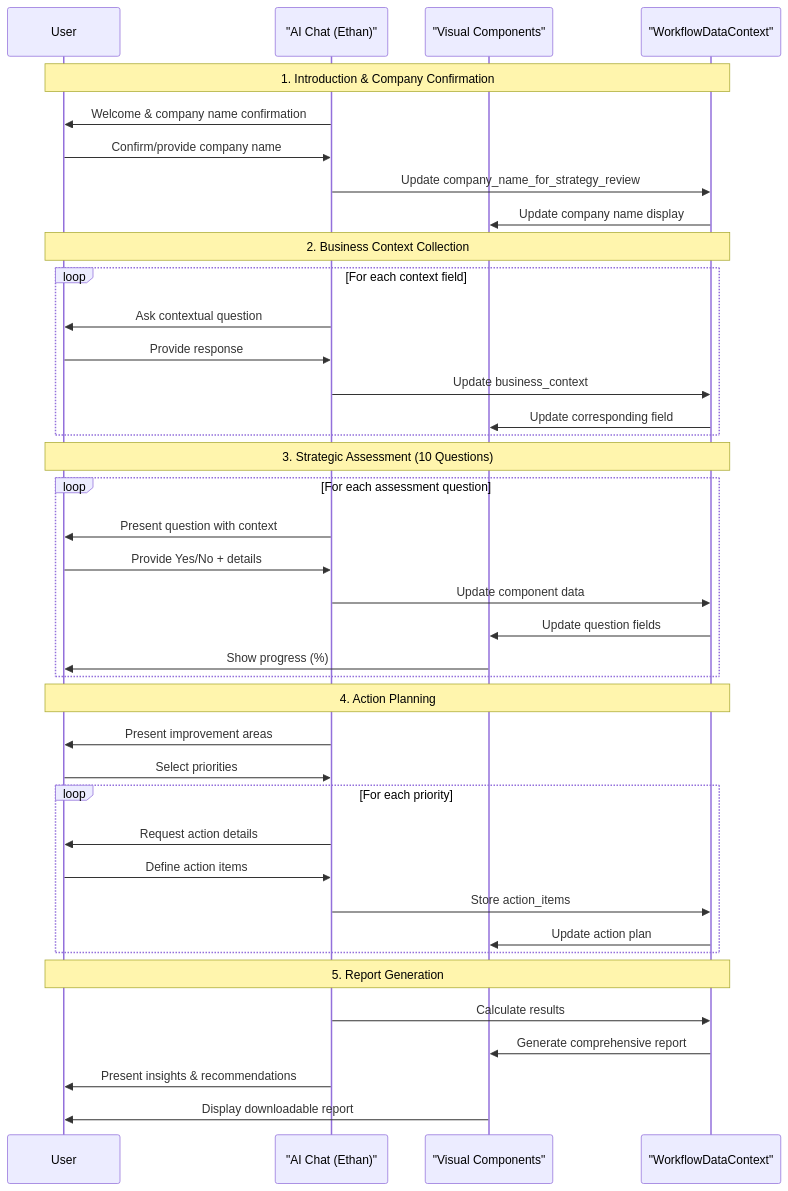
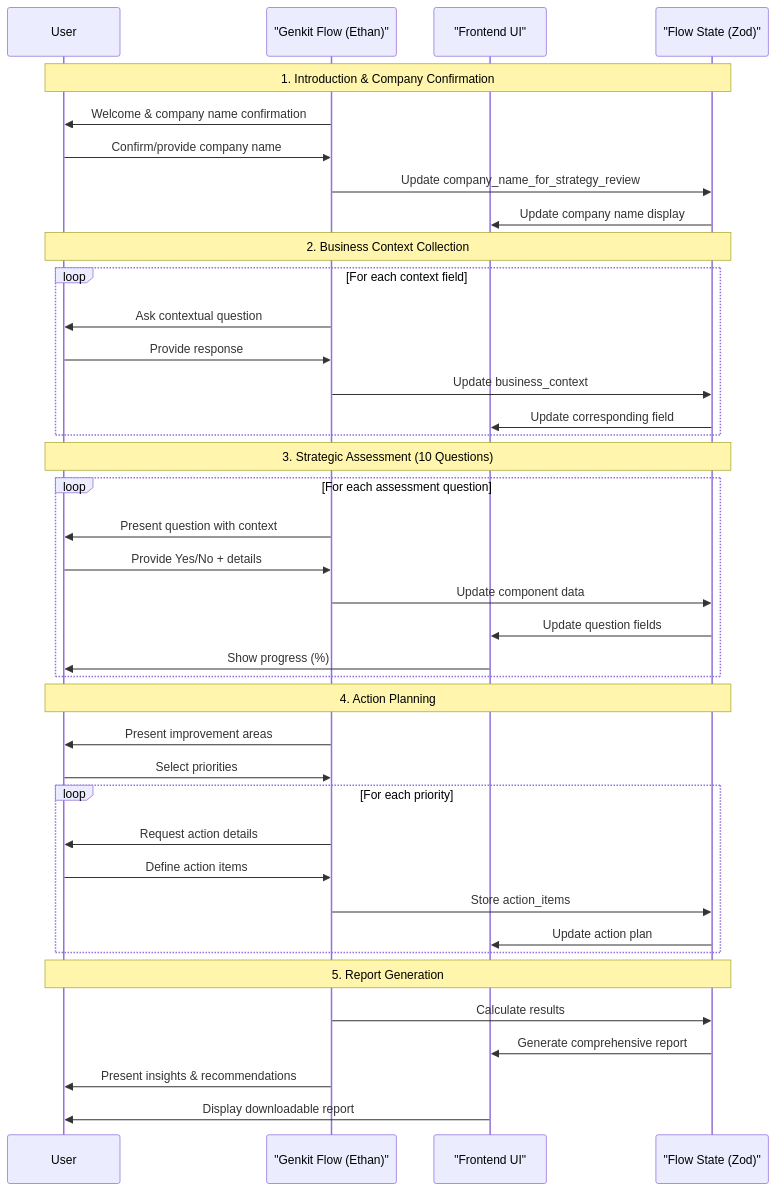
The diagram in docs/strategy-components/workflows/free/discovery-improved.md (Ty-Robb/Pipit-AI), drawn with Mermaid before and after one commit. The commit also changed other lines of this file and 19 other files, not shown here.

Commit message:
docs: complete Genkit architecture alignment and project README

````diff
--- a/docs/strategy-components/workflows/free/discovery-improved.md
+++ b/docs/strategy-components/workflows/free/discovery-improved.md
@@ -33,46 +33,46 @@
 ```mermaid
 sequenceDiagram
     participant User
-    participant AI as "AI Chat (Ethan)"
-    participant Visual as "Visual Components"
-    participant Data as "WorkflowDataContext"
+    participant AI as "Genkit Flow (Ethan)"
+    participant Visual as "Frontend UI"
+    participant Data as "Flow State (Zod)"
     
     Note over User, Data: 1. Introduction & Company Confirmation
     AI->>User: Welcome & company name confirmation
     User->>AI: Confirm/provide company name
     AI->>Data: Update company_name_for_strategy_review
     Data->>Visual: Update company name display
     
     Note over User, Data: 2. Business Context Collection
     loop For each context field
         AI->>User: Ask contextual question
         User->>AI: Provide response
         AI->>Data: Update business_context
         Data->>Visual: Update corresponding field
     end
     
     Note over User, Data: 3. Strategic Assessment (10 Questions)
     loop For each assessment question
         AI->>User: Present question with context
         User->>AI: Provide Yes/No + details
         AI->>Data: Update component data
         Data->>Visual: Update question fields
         Visual->>User: Show progress (%)
     end
     
     Note over User, Data: 4. Action Planning
     AI->>User: Present improvement areas
     User->>AI: Select priorities
     loop For each priority
         AI->>User: Request action details
         User->>AI: Define action items
         AI->>Data: Store action_items
         Data->>Visual: Update action plan
     end
     
     Note over User, Data: 5. Report Generation
     AI->>Data: Calculate results
     Data->>Visual: Generate comprehensive report
     AI->>User: Present insights & recommendations
     Visual->>User: Display downloadable report
 ```
````
